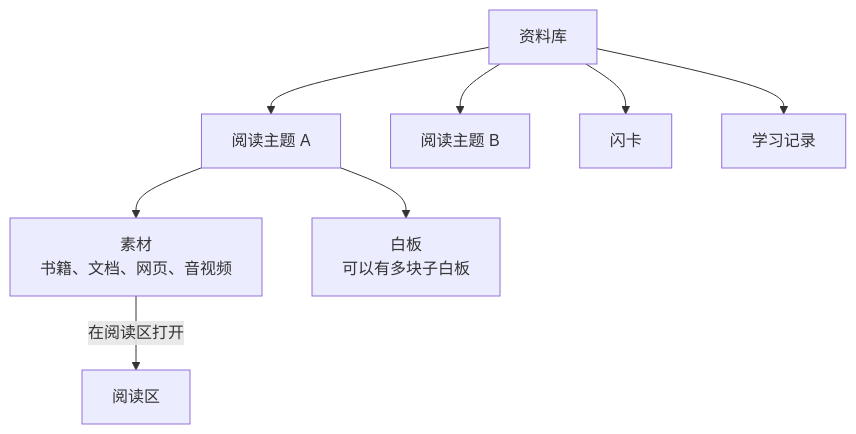
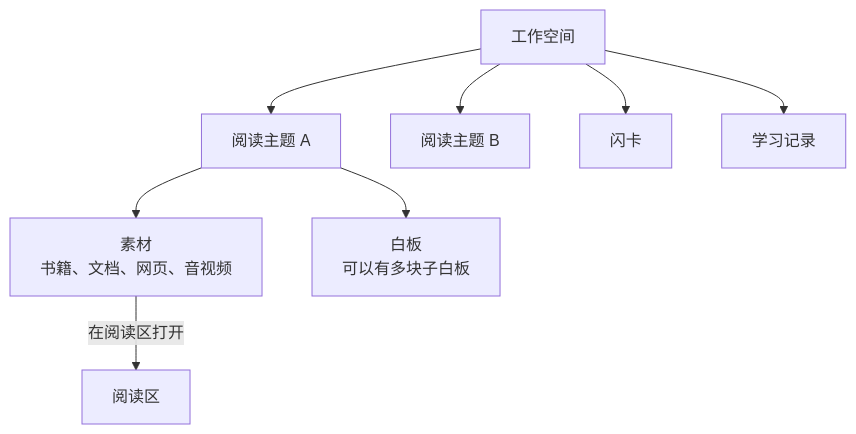
Before and after one commit to C21H21NO2S/kinex-site: the second of 23 diagrams in guide/zh.md, drawn with Mermaid. The commit also changed other lines of this file and 4 other files, not shown here.

````diff
--- a/guide/zh.md
+++ b/guide/zh.md
@@ -100,10 +100,10 @@
 ```mermaid
 flowchart TD
-    L["资料库"] --> T1["阅读主题 A"]
+    L["工作空间"] --> T1["阅读主题 A"]
     L --> T2["阅读主题 B"]
     L --> F["闪卡"]
     L --> S["学习记录"]
     T1 --> M["素材<br/>书籍、文档、网页、音视频"]
     T1 --> W["白板<br/>可以有多块子白板"]
     M -->|在阅读区打开| R["阅读区"]
 ```
````
